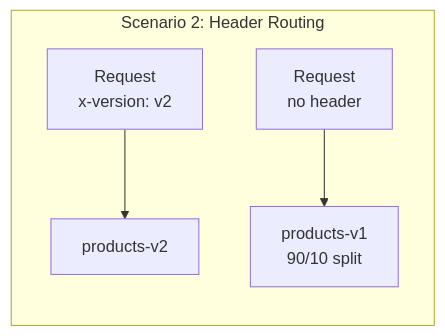
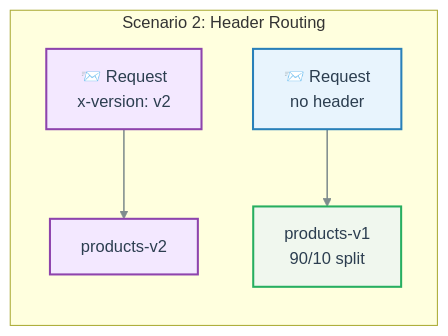
Before and after one commit to DKT-AI/gateway-api-migration-demo: the third of 5 diagrams in docs/labs/README.md, drawn with Mermaid. The commit also changed other lines of this file and 4 other files, not shown here.

First line of the commit message:
Style all mermaid diagrams with ocean palette for GitHub

````diff
--- a/docs/labs/README.md
+++ b/docs/labs/README.md
@@ -94,7 +117,17 @@
 ```mermaid
-graph LR
-    subgraph "Scenario 2: Header Routing"
-        A2["Request<br/>x-version: v2"] --> B2[products-v2]
-        A3[Request<br/>no header] --> C2[products-v1<br/>90/10 split]
+flowchart LR
+    subgraph S2["Scenario 2: Header Routing"]
+        A2["📨 Request<br/>x-version: v2"] --> B2["products-v2"]
+        A3["📨 Request<br/>no header"] --> C2["products-v1<br/>90/10 split"]
     end
+
+    classDef primary fill:#E8F4FD,stroke:#2980B9,stroke-width:2px,color:#2C3E50
+    classDef secondary fill:#F0F7EE,stroke:#27AE60,stroke-width:2px,color:#2C3E50
+    classDef tertiary fill:#F3E8FF,stroke:#8E44AD,stroke-width:2px,color:#2C3E50
+    linkStyle default stroke:#7F8C8D,stroke-width:1.5px
+
+    class A2 tertiary
+    class A3 primary
+    class B2 tertiary
+    class C2 secondary
 ```
````
